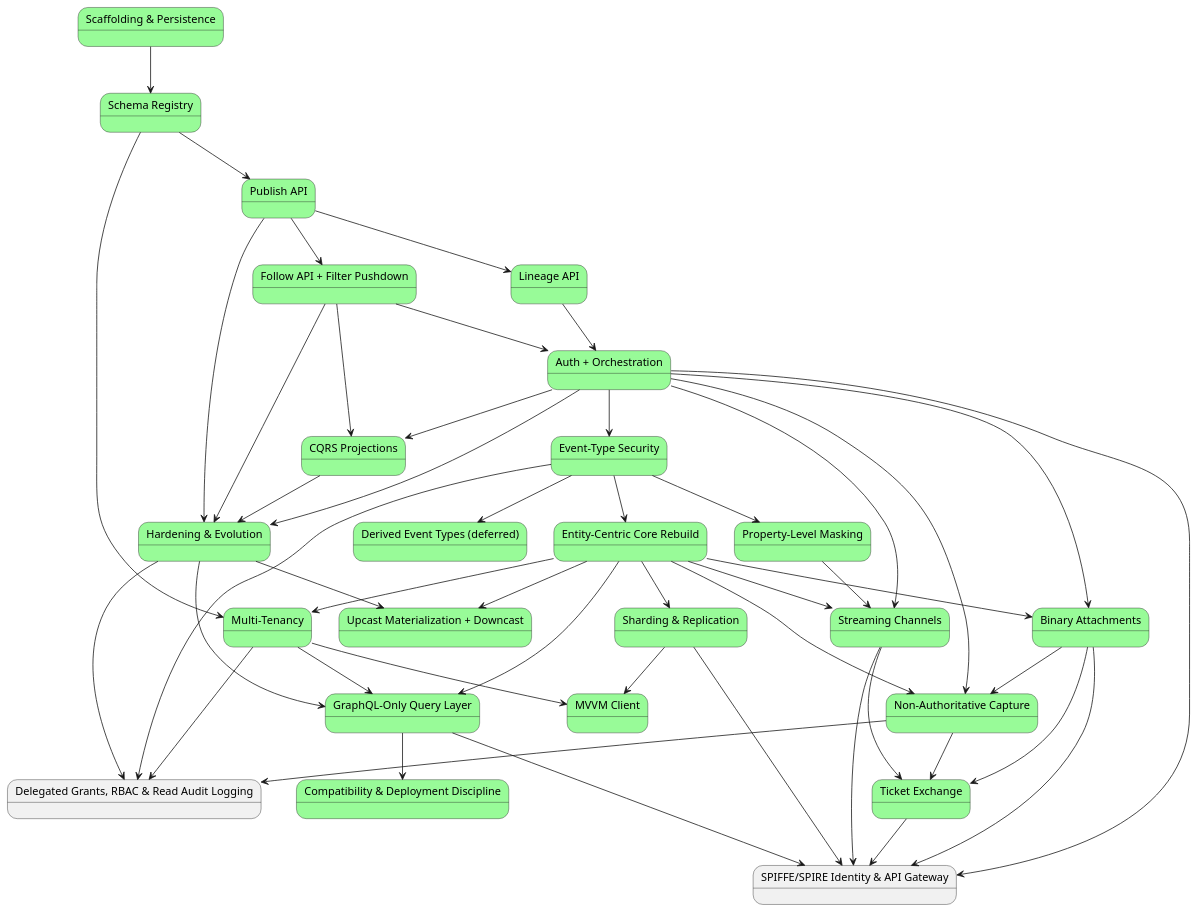
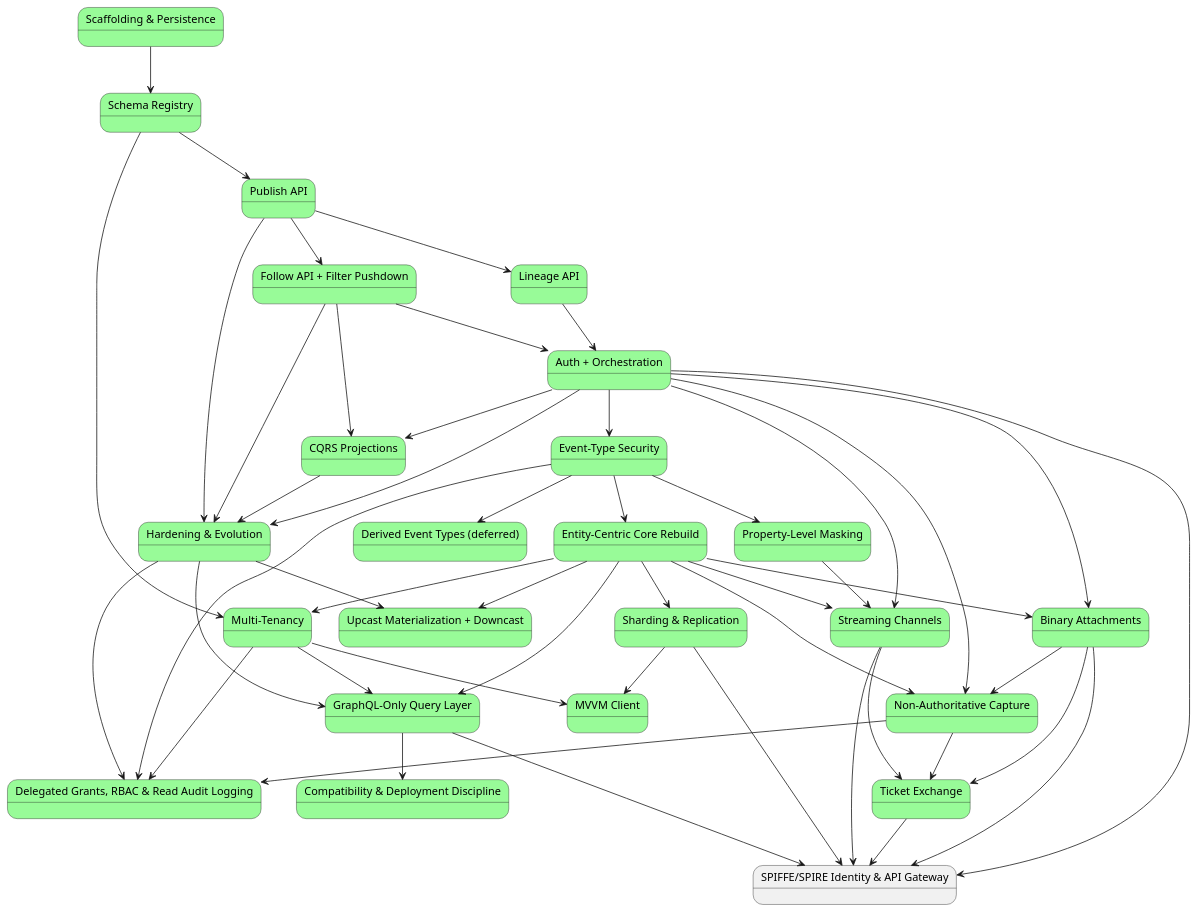
Before and after one commit to Mwwhited-BookLearning/EventSourcing: the first of 2 diagrams in docs/08-build-plan.md, drawn with PlantUML. The commit also changed other lines of this file and 43 other files, not shown here.

First line of the commit message:
Build Delegated Grants, RBAC, Federated Claims & Read Audit Logging (build-plan item 23)

````diff
--- a/docs/08-build-plan.md
+++ b/docs/08-build-plan.md
@@ -156,77 +156,77 @@
 ```plantuml
 @startuml BuildPlan_CorePhases
 state "Scaffolding & Persistence" as p0 #palegreen
 state "Schema Registry" as p1 #palegreen
 state "Publish API" as p2 #palegreen
 state "Lineage API" as p3 #palegreen
 state "Follow API + Filter Pushdown" as p4 #palegreen
 state "Auth + Orchestration" as p5 #palegreen
 state "Event-Type Security" as p6 #palegreen
 state "Derived Event Types (deferred)" as p7 #palegreen
 state "Property-Level Masking" as p8 #palegreen
 state "CQRS Projections" as p9 #palegreen
 state "Hardening & Evolution" as p10 #palegreen
 state "Entity-Centric Core Rebuild" as p11 #palegreen
 state "Multi-Tenancy" as p12 #palegreen
 state "Upcast Materialization + Downcast" as p13 #palegreen
 state "Streaming Channels" as p14 #palegreen
 state "Binary Attachments" as p15 #palegreen
 state "Sharding & Replication" as p16 #palegreen
 state "Non-Authoritative Capture" as p17 #palegreen
 state "GraphQL-Only Query Layer" as p18 #palegreen
 state "Compatibility & Deployment Discipline" as p19 #palegreen
 state "MVVM Client" as p20 #palegreen
 state "Ticket Exchange" as p21 #palegreen
-state "Delegated Grants, RBAC & Read Audit Logging" as p22
+state "Delegated Grants, RBAC & Read Audit Logging" as p22 #palegreen
 state "SPIFFE/SPIRE Identity & API Gateway" as p23
 
 p0 --> p1
 p1 --> p2
 p2 --> p3
 p2 --> p4
 p3 --> p5
 p4 --> p5
 p5 --> p6
 p6 --> p7
 p6 --> p8
 p4 --> p9
 p5 --> p9
 p5 --> p10
 p2 --> p10
 p4 --> p10
 p9 --> p10
 p6 --> p11
 p1 --> p12
 p11 --> p12
 p10 --> p13
 p11 --> p13
 p5 --> p14
 p11 --> p14
 p8 --> p14
 p5 --> p15
 p11 --> p15
 p11 --> p16
 p11 --> p17
 p5 --> p17
 p15 --> p17
 p11 --> p18
 p12 --> p18
 p10 --> p18
 p18 --> p19
 p12 --> p20
 p16 --> p20
 p14 --> p21
 p15 --> p21
 p17 --> p21
 p17 --> p22
 p6 --> p22
 p12 --> p22
 p10 --> p22
 p5 --> p23
 p16 --> p23
 p14 --> p23
 p15 --> p23
 p18 --> p23
 p21 --> p23
 @enduml
 ```
````
